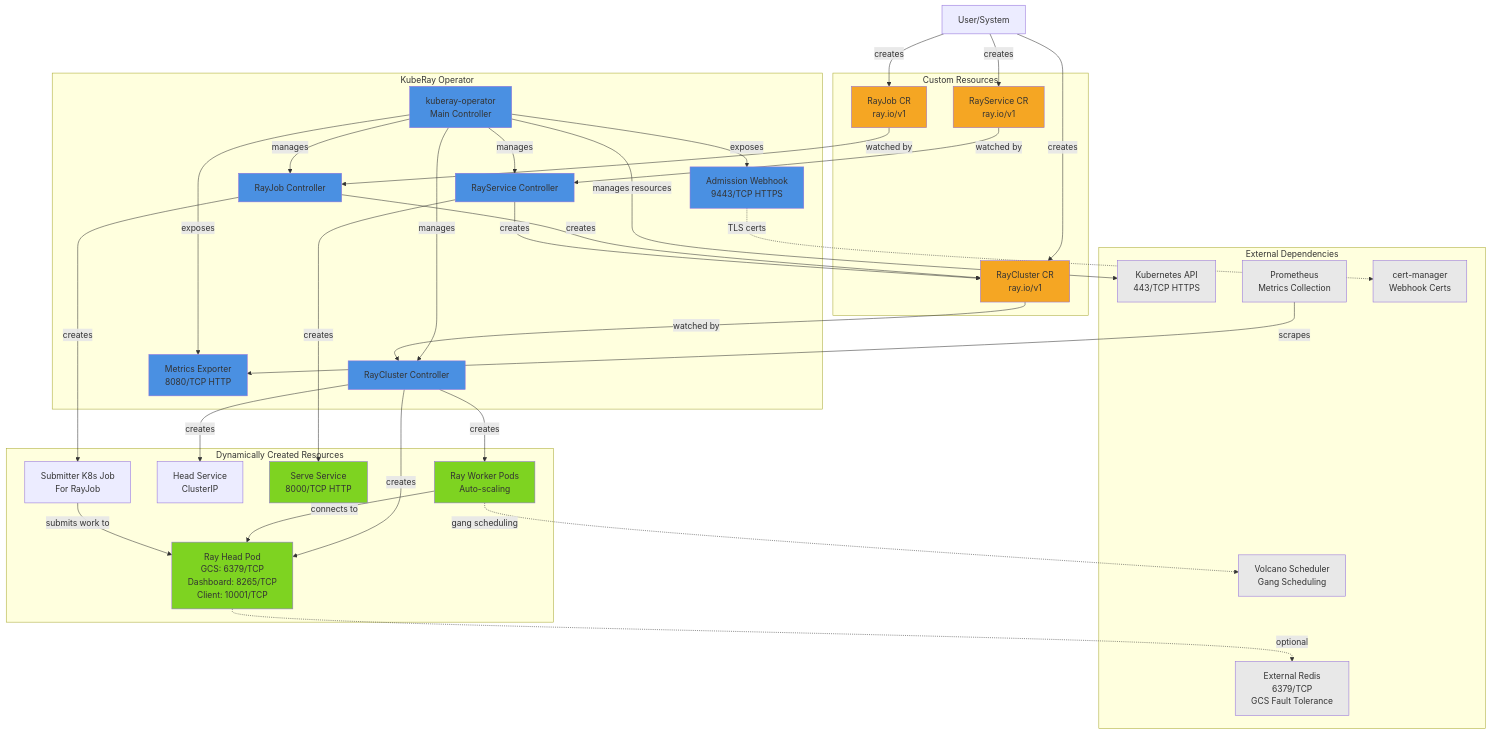
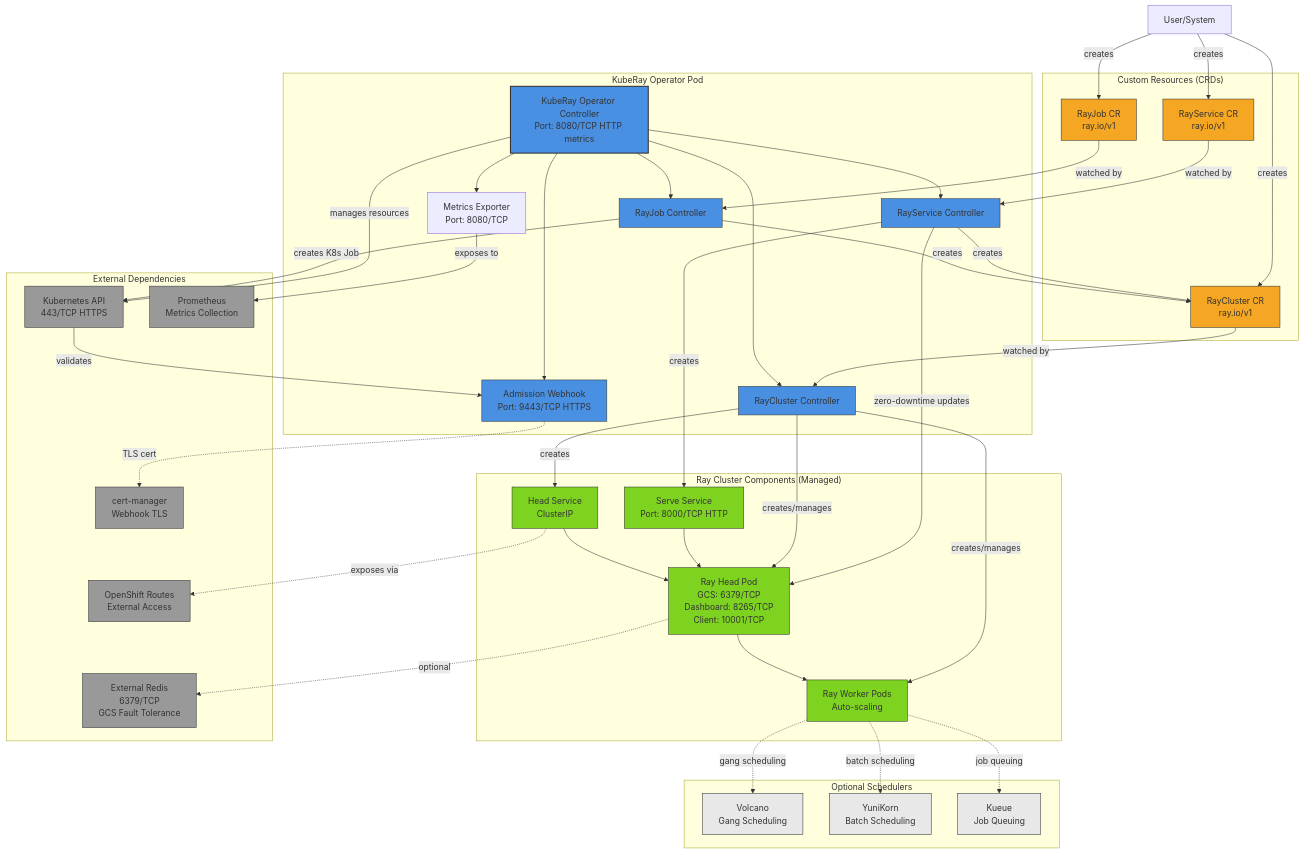
Before and after one commit to rhuss/architecture-context: the diagram in architecture/rhoai-2.25.0/diagrams/kuberay-component.mmd, drawn with Mermaid. The commit also changed 209 other files, not shown here.

```diff
--- a/architecture/rhoai-2.25.0/diagrams/kuberay-component.mmd
+++ b/architecture/rhoai-2.25.0/diagrams/kuberay-component.mmd
@@ -1,82 +1,102 @@
 graph TB
-    subgraph "KubeRay Operator"
-        Operator[kuberay-operator<br/>Main Controller]
+    subgraph "KubeRay Operator Pod"
+        Operator[KubeRay Operator Controller<br/>Port: 8080/TCP HTTP metrics]
         RayClusterCtrl[RayCluster Controller]
         RayJobCtrl[RayJob Controller]
         RayServiceCtrl[RayService Controller]
-        Webhook[Admission Webhook<br/>9443/TCP HTTPS]
-        Metrics[Metrics Exporter<br/>8080/TCP HTTP]
+        Webhook[Admission Webhook<br/>Port: 9443/TCP HTTPS]
+        Metrics[Metrics Exporter<br/>Port: 8080/TCP]
 
-        Operator -->|manages| RayClusterCtrl
-        Operator -->|manages| RayJobCtrl
-        Operator -->|manages| RayServiceCtrl
-        Operator -->|exposes| Webhook
-        Operator -->|exposes| Metrics
+        Operator --> RayClusterCtrl
+        Operator --> RayJobCtrl
+        Operator --> RayServiceCtrl
+        Operator --> Webhook
+        Operator --> Metrics
     end
 
-    subgraph "Custom Resources"
+    subgraph "Custom Resources (CRDs)"
         RayClusterCR[RayCluster CR<br/>ray.io/v1]
         RayJobCR[RayJob CR<br/>ray.io/v1]
         RayServiceCR[RayService CR<br/>ray.io/v1]
     end
 
-    subgraph "Dynamically Created Resources"
+    subgraph "Ray Cluster Components (Managed)"
         HeadPod[Ray Head Pod<br/>GCS: 6379/TCP<br/>Dashboard: 8265/TCP<br/>Client: 10001/TCP]
         WorkerPods[Ray Worker Pods<br/>Auto-scaling]
-        HeadService[Head Service<br/>ClusterIP]
-        ServeService[Serve Service<br/>8000/TCP HTTP]
-        K8sJob[Submitter K8s Job<br/>For RayJob]
+        HeadSvc[Head Service<br/>ClusterIP]
+        ServeSvc[Serve Service<br/>Port: 8000/TCP HTTP]
+
+        HeadPod --> WorkerPods
+        HeadSvc --> HeadPod
+        ServeSvc --> HeadPod
     end
 
     subgraph "External Dependencies"
         K8sAPI[Kubernetes API<br/>443/TCP HTTPS]
+        Redis[External Redis<br/>6379/TCP<br/>GCS Fault Tolerance]
+        CertManager[cert-manager<br/>Webhook TLS]
         Prometheus[Prometheus<br/>Metrics Collection]
-        Redis[External Redis<br/>6379/TCP<br/>GCS Fault Tolerance]
-        Volcano[Volcano Scheduler<br/>Gang Scheduling]
-        CertManager[cert-manager<br/>Webhook Certs]
+        OSRoute[OpenShift Routes<br/>External Access]
+    end
+
+    subgraph "Optional Schedulers"
+        Volcano[Volcano<br/>Gang Scheduling]
+        YuniKorn[YuniKorn<br/>Batch Scheduling]
+        Kueue[Kueue<br/>Job Queuing]
     end
 
     User[User/System] -->|creates| RayClusterCR
     User -->|creates| RayJobCR
     User -->|creates| RayServiceCR
 
     RayClusterCR -->|watched by| RayClusterCtrl
     RayJobCR -->|watched by| RayJobCtrl
     RayServiceCR -->|watched by| RayServiceCtrl
 
-    RayClusterCtrl -->|creates| HeadPod
-    RayClusterCtrl -->|creates| WorkerPods
-    RayClusterCtrl -->|creates| HeadService
+    K8sAPI -->|validates| Webhook
+
+    RayClusterCtrl -->|creates/manages| HeadPod
+    RayClusterCtrl -->|creates/manages| WorkerPods
+    RayClusterCtrl -->|creates| HeadSvc
 
     RayJobCtrl -->|creates| RayClusterCR
-    RayJobCtrl -->|creates| K8sJob
+    RayJobCtrl -->|creates K8s Job| K8sAPI
 
     RayServiceCtrl -->|creates| RayClusterCR
-    RayServiceCtrl -->|creates| ServeService
-
-    WorkerPods -->|connects to| HeadPod
-    K8sJob -->|submits work to| HeadPod
+    RayServiceCtrl -->|creates| ServeSvc
+    RayServiceCtrl -->|zero-downtime updates| HeadPod
 
     Operator -->|manages resources| K8sAPI
-    Prometheus -->|scrapes| Metrics
     HeadPod -.->|optional| Redis
+    Webhook -.->|TLS cert| CertManager
+    Metrics -->|exposes to| Prometheus
+    HeadSvc -.->|exposes via| OSRoute
+
     WorkerPods -.->|gang scheduling| Volcano
-    Webhook -.->|TLS certs| CertManager
+    WorkerPods -.->|batch scheduling| YuniKorn
+    WorkerPods -.->|job queuing| Kueue
 
-    style Operator fill:#4a90e2
-    style RayClusterCtrl fill:#4a90e2
-    style RayJobCtrl fill:#4a90e2
-    style RayServiceCtrl fill:#4a90e2
-    style Webhook fill:#4a90e2
-    style Metrics fill:#4a90e2
-    style RayClusterCR fill:#f5a623
-    style RayJobCR fill:#f5a623
-    style RayServiceCR fill:#f5a623
-    style K8sAPI fill:#e8e8e8
-    style Prometheus fill:#e8e8e8
-    style Redis fill:#e8e8e8
-    style Volcano fill:#e8e8e8
-    style CertManager fill:#e8e8e8
-    style HeadPod fill:#7ed321
-    style WorkerPods fill:#7ed321
-    style ServeService fill:#7ed321
+    style Operator fill:#4a90e2,stroke:#333,stroke-width:2px
+    style RayClusterCtrl fill:#4a90e2,stroke:#333
+    style RayJobCtrl fill:#4a90e2,stroke:#333
+    style RayServiceCtrl fill:#4a90e2,stroke:#333
+    style Webhook fill:#4a90e2,stroke:#333
+
+    style RayClusterCR fill:#f5a623,stroke:#333
+    style RayJobCR fill:#f5a623,stroke:#333
+    style RayServiceCR fill:#f5a623,stroke:#333
+
+    style HeadPod fill:#7ed321,stroke:#333
+    style WorkerPods fill:#7ed321,stroke:#333
+    style HeadSvc fill:#7ed321,stroke:#333
+    style ServeSvc fill:#7ed321,stroke:#333
+
+    style K8sAPI fill:#999,stroke:#333
+    style Redis fill:#999,stroke:#333
+    style CertManager fill:#999,stroke:#333
+    style Prometheus fill:#999,stroke:#333
+    style OSRoute fill:#999,stroke:#333
+
+    style Volcano fill:#e8e8e8,stroke:#333
+    style YuniKorn fill:#e8e8e8,stroke:#333
+    style Kueue fill:#e8e8e8,stroke:#333
```
